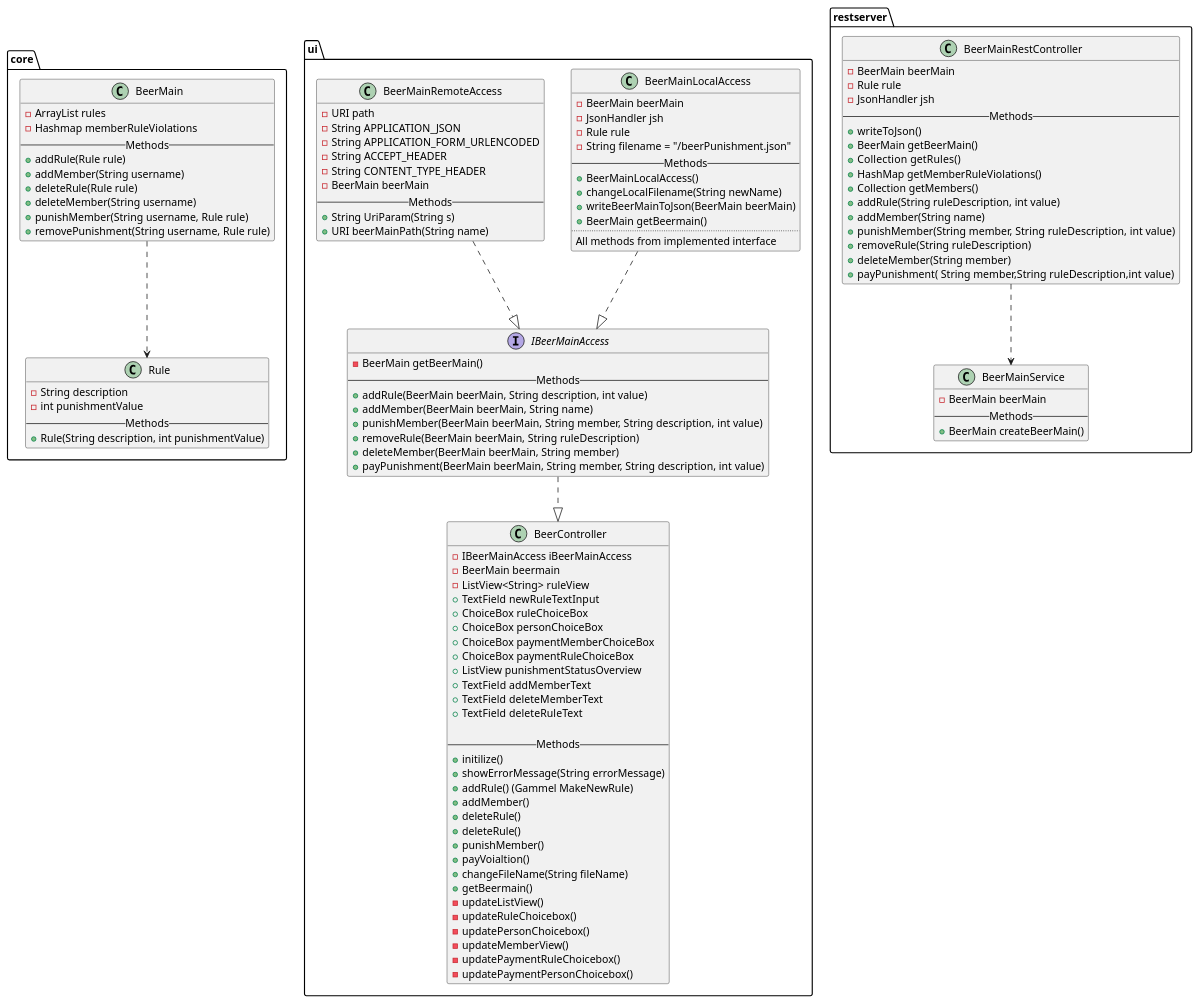
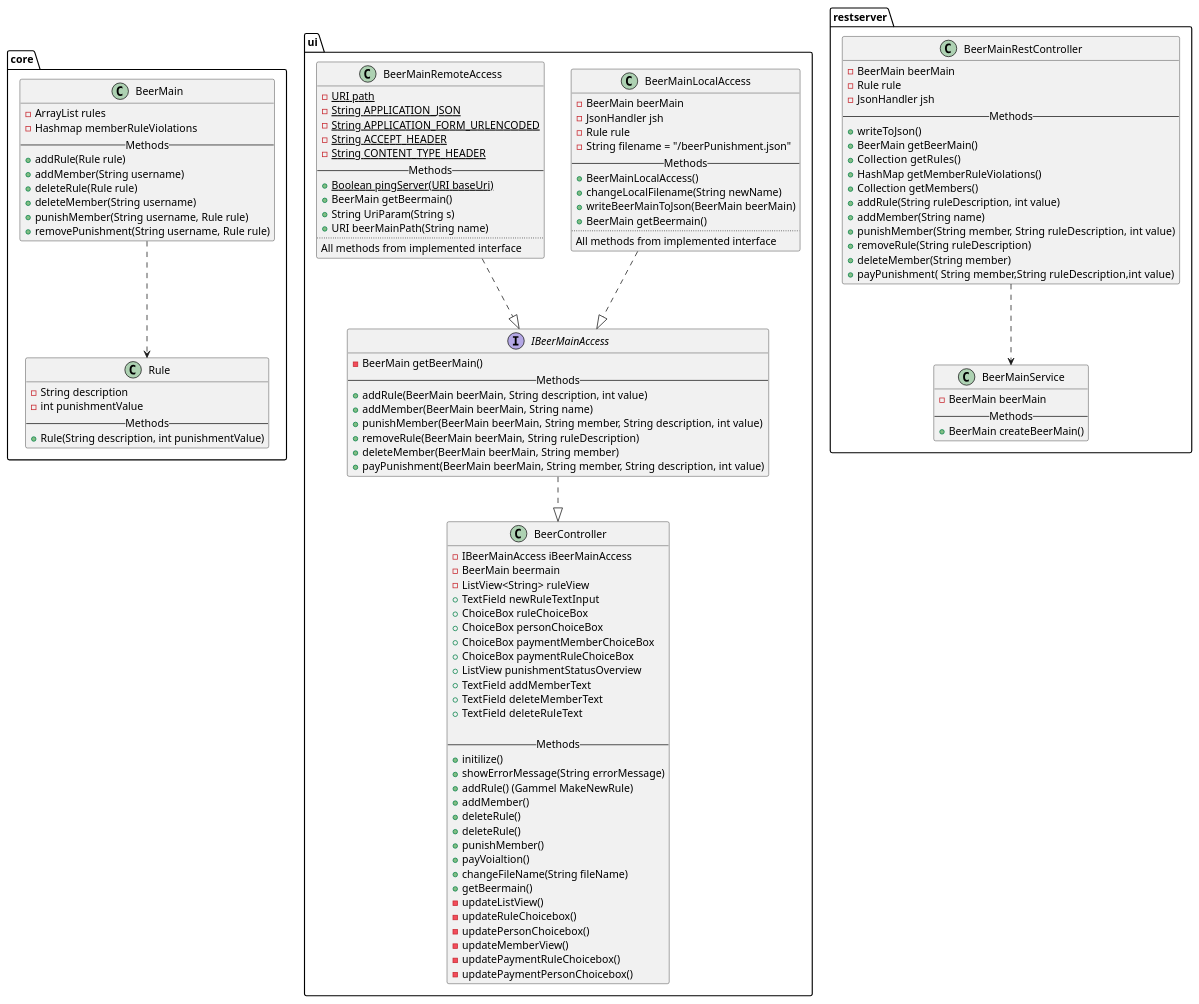
One commit to Annabdoan/it1901 changed the diagram in docs/ClassDiagram.puml. Above: the diagram before and after it, drawn with PlantUML.

Commit message:
(#47) - feat: class diagram for BeerMainRemoteAccess done

```diff
--- a/docs/ClassDiagram.puml
+++ b/docs/ClassDiagram.puml
@@ -1,122 +1,125 @@
 @startuml
 skinparam componentStyle uml2
 
  package "core" {
    class BeerMain{
      -ArrayList rules
      -Hashmap memberRuleViolations
      -- Methods --
      +addRule(Rule rule)
      +addMember(String username)
      +deleteRule(Rule rule)
      +deleteMember(String username)
      +punishMember(String username, Rule rule)
      +removePunishment(String username, Rule rule)
    }
    class Rule{
    -String description
    -int punishmentValue
    -- Methods --
    +Rule(String description, int punishmentValue)
    }
    BeerMain ..> Rule
 }
 
 package "ui"{
     class BeerController{
     -IBeerMainAccess iBeerMainAccess
     -BeerMain beermain
     - ListView<String> ruleView
     + TextField newRuleTextInput
     + ChoiceBox ruleChoiceBox
     + ChoiceBox personChoiceBox
     + ChoiceBox paymentMemberChoiceBox
     + ChoiceBox paymentRuleChoiceBox
     + ListView punishmentStatusOverview
     + TextField addMemberText
     + TextField deleteMemberText
     + TextField deleteRuleText
 
     -- Methods --
     +initilize()
     +showErrorMessage(String errorMessage)
     +addRule() (Gammel MakeNewRule)
     +addMember()
     +deleteRule()
     +deleteRule()
     +punishMember()
     +payVoialtion()
     +changeFileName(String fileName)
     +getBeermain()
     -updateListView()
     -updateRuleChoicebox()
     -updatePersonChoicebox()
     -updateMemberView()
     -updatePaymentRuleChoicebox()
     -updatePaymentPersonChoicebox()
    }
    class BeerMainLocalAccess {
    -BeerMain beerMain
    -JsonHandler jsh
    -Rule rule
    -String filename = "/beerPunishment.json"
    -- Methods --
    +BeerMainLocalAccess()
    +changeLocalFilename(String newName)
    +writeBeerMainToJson(BeerMain beerMain)
    +BeerMain getBeermain()
    ..
    All methods from implemented interface
    }
    class BeerMainRemoteAccess {
-   -URI path
-   -String APPLICATION_JSON
-   -String APPLICATION_FORM_URLENCODED
-   -String ACCEPT_HEADER
-   -String CONTENT_TYPE_HEADER
-   -BeerMain beerMain
+   -{static}URI path
+   -{static}String APPLICATION_JSON
+   -{static}String APPLICATION_FORM_URLENCODED
+   -{static}String ACCEPT_HEADER
+   -{static}String CONTENT_TYPE_HEADER
    -- Methods --
+   +{static}Boolean pingServer(URI baseUri)
+   +BeerMain getBeermain()
    +String UriParam(String s)
    +URI beerMainPath(String name)
+   ..
+      All methods from implemented interface
    }
    interface IBeerMainAccess {
    -BeerMain getBeerMain()
    -- Methods --
    +addRule(BeerMain beerMain, String description, int value)
    +addMember(BeerMain beerMain, String name)
    +punishMember(BeerMain beerMain, String member, String description, int value)
    +removeRule(BeerMain beerMain, String ruleDescription)
    +deleteMember(BeerMain beerMain, String member)
    +payPunishment(BeerMain beerMain, String member, String description, int value)
    }
    BeerMainLocalAccess ..|> IBeerMainAccess
    BeerMainRemoteAccess ..|> IBeerMainAccess
    IBeerMainAccess ..|> BeerController
 }
 
 package "restserver"{
     class BeerMainRestController {
     -BeerMain beerMain
     -Rule rule
     -JsonHandler jsh
     -- Methods --
     +writeToJson()
     +BeerMain getBeerMain()
     +Collection  getRules()
     +HashMap getMemberRuleViolations()
     +Collection getMembers()
     +addRule(String ruleDescription, int value)
     +addMember(String name)
     +punishMember(String member, String ruleDescription, int value)
     +removeRule(String ruleDescription)
     +deleteMember(String member)
     +payPunishment( String member,String ruleDescription,int value)
    }
    class BeerMainService{
    -BeerMain beerMain
    -- Methods --
    +BeerMain createBeerMain()
    }
    BeerMainRestController ..> BeerMainService
 }
 @enduml
```
